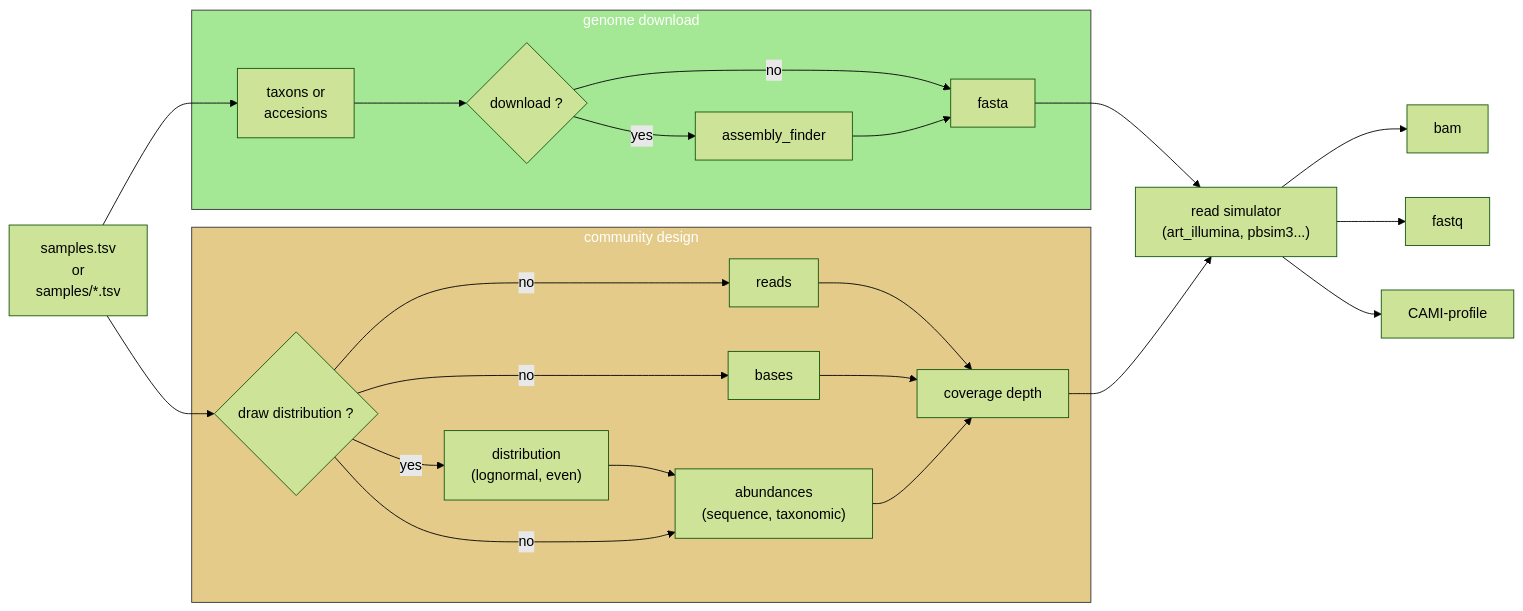
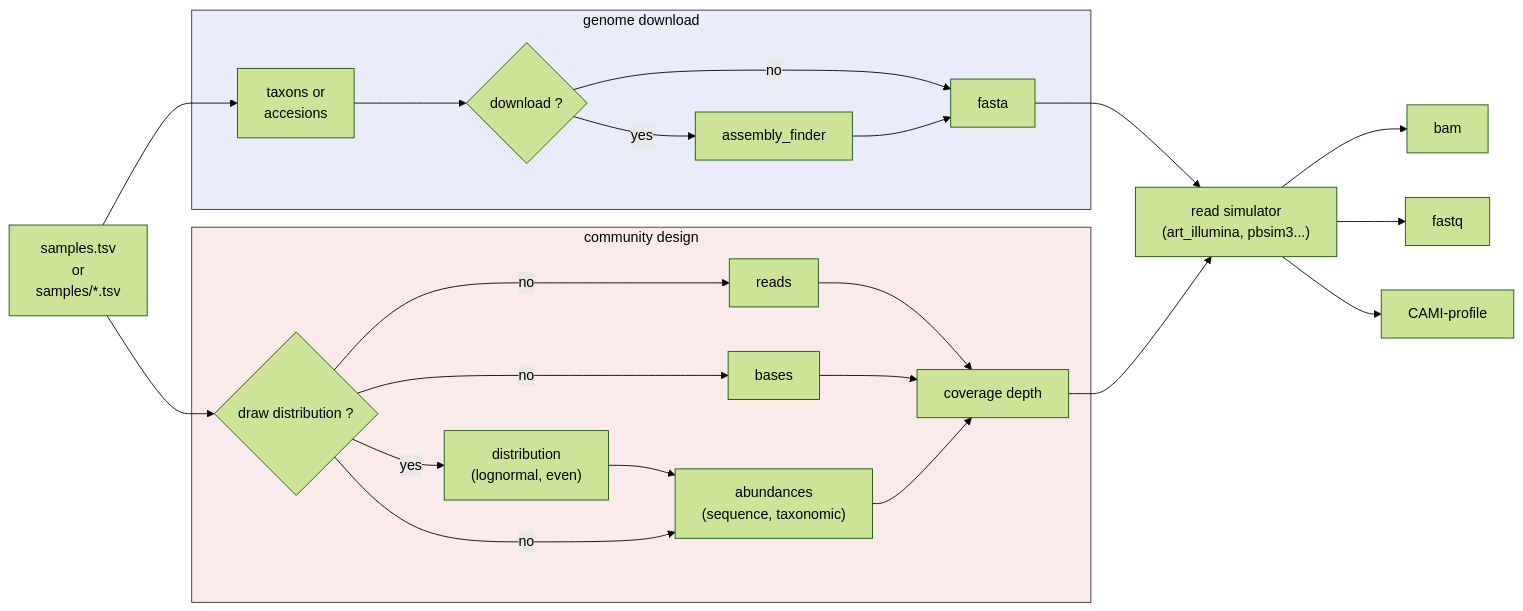
The diagram in README.md (metagenlab/MeSS), drawn with Mermaid before and after one commit.

Commit message:
updated flowchart colors

````diff
--- a/README.md
+++ b/README.md
@@ -21,47 +21,48 @@
 ``` mermaid
 %%{init: {'theme':'forest'}}%%
 flowchart LR
-fasta
 input["samples.tsv 
 or 
 samples/*.tsv"] --> taxons
 
-subgraph download["genome download"]
+subgraph genome_download["genome download"]
 dlchoice{download ?}
 taxons["taxons or
 accesions"] --> dlchoice
 dlchoice -->|yes| assembly_finder
 dlchoice -->|no| fasta 
 assembly_finder --> fasta
 end
 
 input --> distchoice
-subgraph community["community design"]
+subgraph community_design["community design"]
 distchoice{draw distribution ?}
 distchoice -->|yes| dist["distribution 
 (lognormal, even)"]
 dist --> abundances
 distchoice -->|no| reads
 distchoice -->|no| bases
 distchoice -->|no| abundances
 depth["coverage depth"]
 reads --> depth
 bases --> depth
 abundances["abundances 
 (sequence, taxonomic)"] --> depth 
 end
 fasta --> simulator
 depth --> simulator
 
 simulator["read simulator 
 (art_illumina, pbsim3...)"]
 simulator --> bam
 simulator --> fastq
 simulator --> CAMI-profile
 
 %% colors
-classDef yellow fill:#e4cb8a,color:#fff,stroke:#333;
-classDef green fill:#a4e795,color:#fff,stroke:#333;
-class download green
-class community yellow
+style genome_download color:black
+style community_design color:black
+classDef red fill:#faeaea,color:#fff,stroke:#333;
+classDef blue fill:#eaecfa,color:#fff,stroke:#333;
+class genome_download blue
+class community_design red
 ```
````
